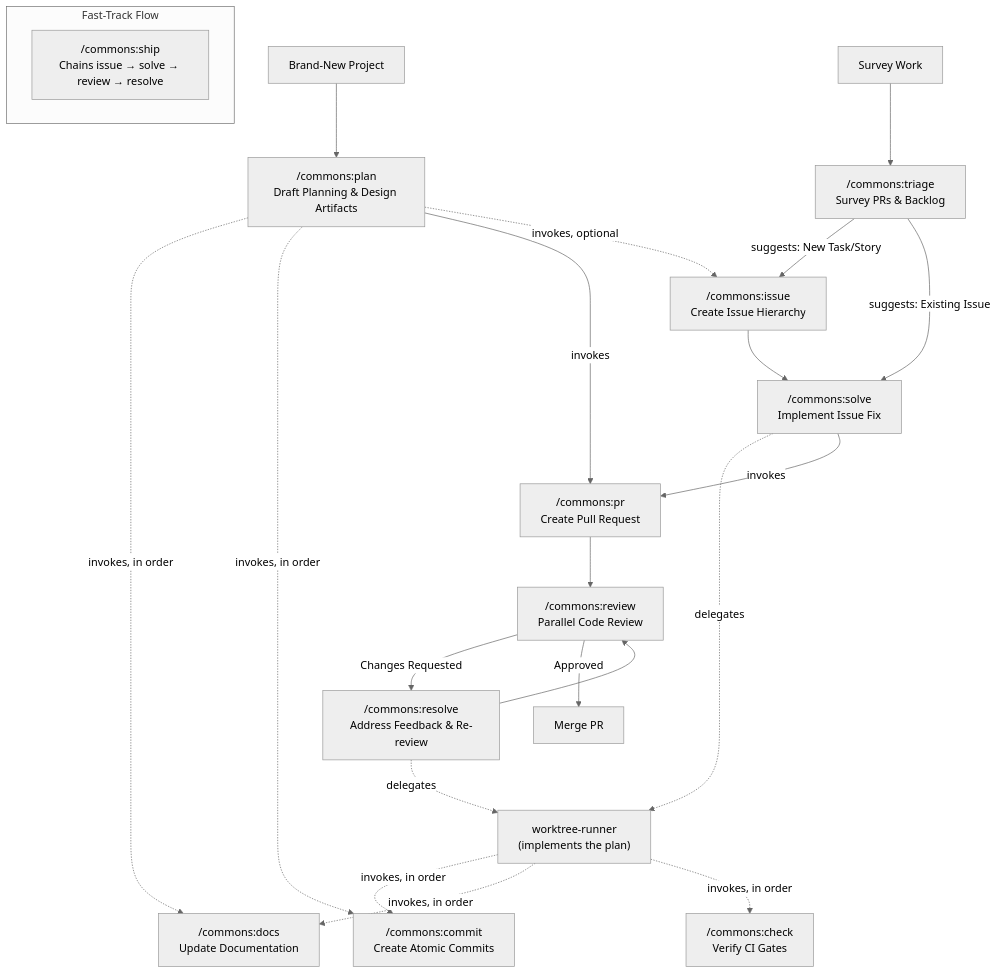
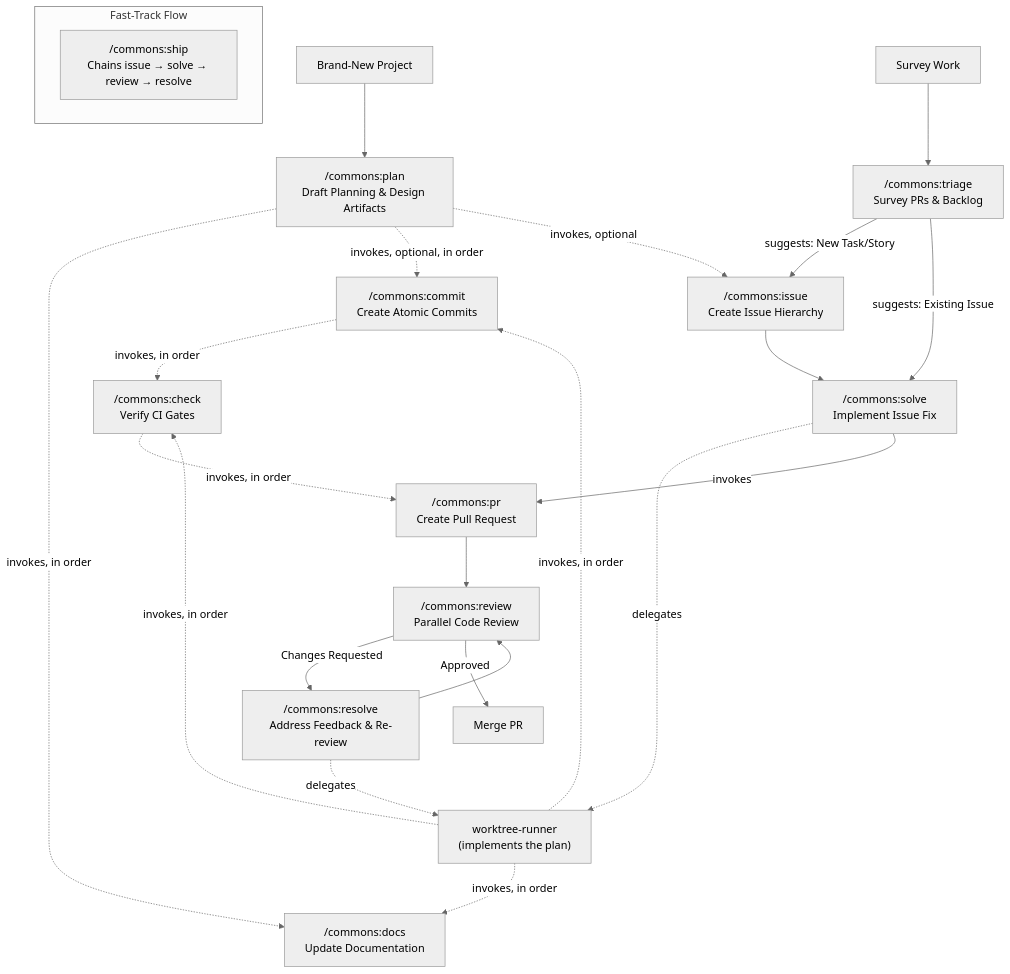
One commit to aimarchirico/commons changed the second of 2 diagrams in plugin/README.md. Above: the diagram before and after it, drawn with Mermaid (neutral theme). The commit also changed other lines of this file and 2 other files, not shown here.

Commit message:
docs(plugin): fix markdownlint violations in plan/planner docs
Missing trailing newline and misaligned table columns from the
recent plan-skill/implementation-planner edits; also documents the
new check step and optional commit/push gate in the README flow diagram.

````diff
--- a/plugin/README.md
+++ b/plugin/README.md
@@ -57,30 +57,31 @@
 ```mermaid
 graph TD
     start_proj["Brand-New Project"] --> plan["/commons:plan<br/>Draft Planning & Design Artifacts"]
     plan -.->|invokes, in order| docs["/commons:docs<br/>Update Documentation"]
-    plan -.->|invokes, in order| commit["/commons:commit<br/>Create Atomic Commits"]
-    plan -->|invokes| pr["/commons:pr<br/>Create Pull Request"]
+    plan -.->|invokes, optional, in order| commit["/commons:commit<br/>Create Atomic Commits"]
+    commit -.->|invokes, in order| check["/commons:check<br/>Verify CI Gates"]
+    check -.->|invokes, in order| pr["/commons:pr<br/>Create Pull Request"]
     plan -.->|invokes, optional| issue["/commons:issue<br/>Create Issue Hierarchy"]
 
     survey["Survey Work"] --> triage["/commons:triage<br/>Survey PRs & Backlog"]
     triage -->|suggests: New Task/Story| issue
     triage -->|suggests: Existing Issue| solve["/commons:solve<br/>Implement Issue Fix"]
     issue --> solve
 
     solve -.->|delegates| runner["worktree-runner<br/>(implements the plan)"]
     runner -.->|invokes, in order| commit
     runner -.->|invokes, in order| docs
     runner -.->|invokes, in order| check["/commons:check<br/>Verify CI Gates"]
     solve -->|invokes| pr
     pr --> review["/commons:review<br/>Parallel Code Review"]
 
     review -->|Changes Requested| resolve["/commons:resolve<br/>Address Feedback & Re-review"]
     resolve -.->|delegates| runner
     resolve --> review
 
     review -->|Approved| merge["Merge PR"]
 
     subgraph FastTrack["Fast-Track Flow"]
         ship["/commons:ship<br/>Chains issue → solve → review → resolve"]
     end
 ```
````
